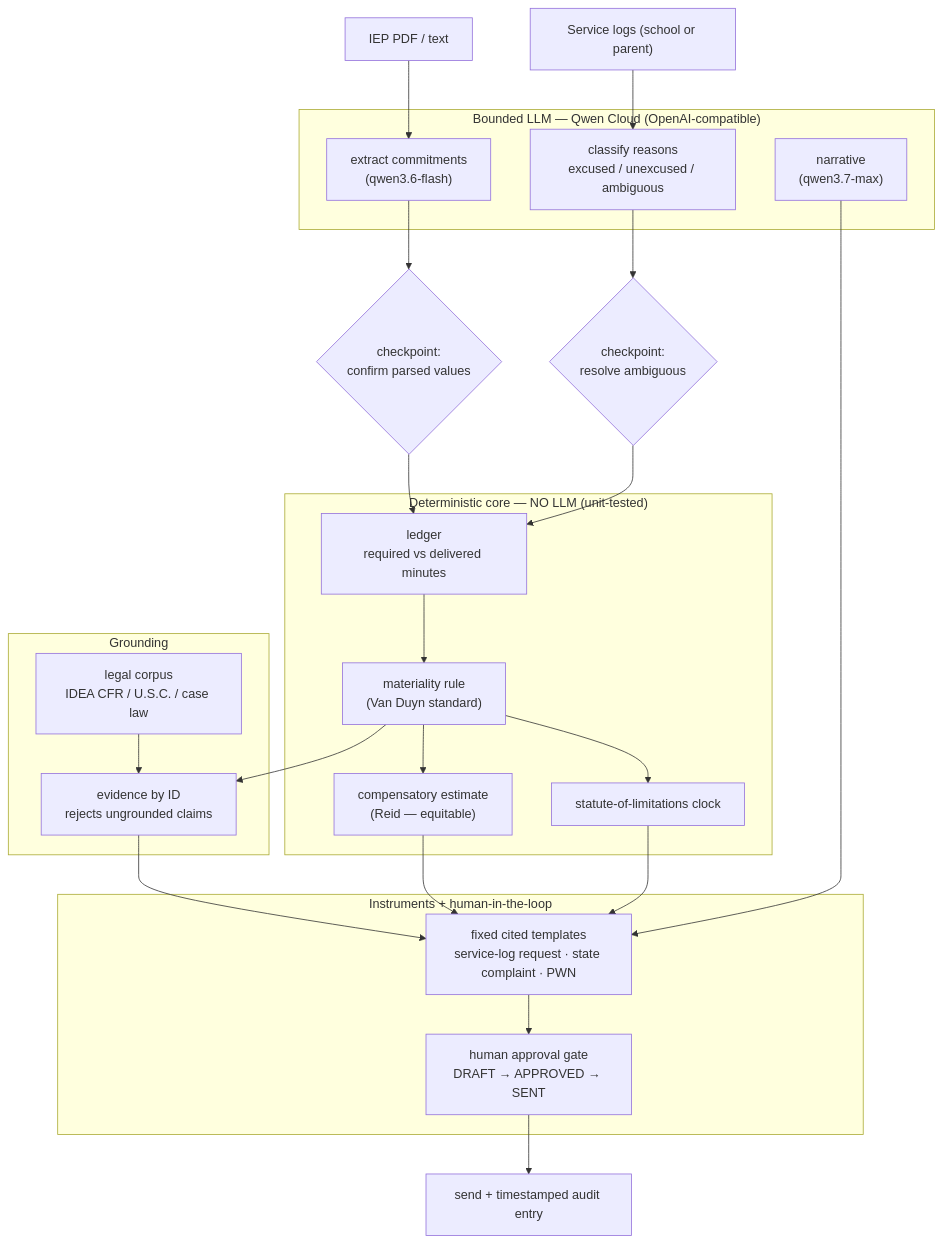
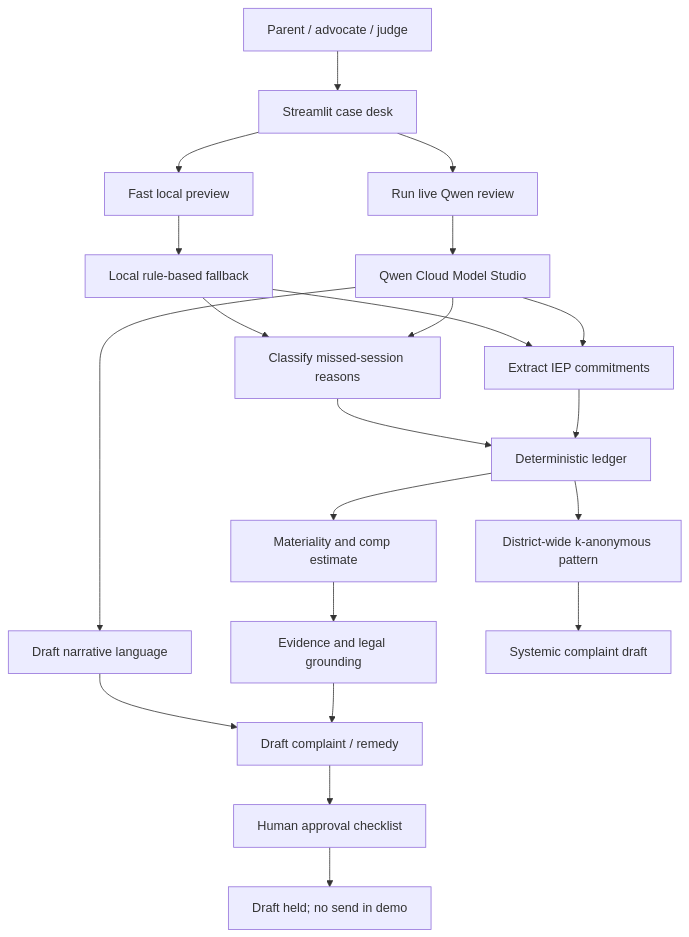
Before and after one commit to ankitlade12/due-process-iep-agent: the first of 3 diagrams in docs/architecture.md, drawn with Mermaid. The commit also changed other lines of this file and 10 other files, not shown here.

Commit message:
feat: add live Qwen case desk demo

````diff
--- a/docs/architecture.md
+++ b/docs/architecture.md
@@ -15,41 +13,28 @@
 ```mermaid
 flowchart TD
-    IEP["IEP PDF / text"]
-    LOGS["Service logs (school or parent)"]
+    USER["Parent / advocate / judge"] --> DESK["Streamlit case desk"]
+    DESK --> RUN["Run live Qwen review"]
+    DESK --> PREVIEW["Fast local preview"]
 
-    subgraph QWEN["Bounded LLM — Qwen Cloud (OpenAI-compatible)"]
-      EX["extract commitments<br/>(qwen3.6-flash)"]
-      CL["classify reasons<br/>excused / unexcused / ambiguous"]
-      NA["narrative<br/>(qwen3.7-max)"]
-    end
+    RUN --> QWEN["Qwen Cloud Model Studio"]
+    PREVIEW --> RULES["Local rule-based fallback"]
 
-    subgraph DET["Deterministic core — NO LLM (unit-tested)"]
-      LED["ledger<br/>required vs delivered minutes"]
-      MAT["materiality rule<br/>(Van Duyn standard)"]
-      DL["statute-of-limitations clock"]
-      COMP["compensatory estimate<br/>(Reid — equitable)"]
-    end
+    QWEN --> EXTRACT["Extract IEP commitments"]
+    QWEN --> CLASSIFY["Classify missed-session reasons"]
+    QWEN --> NARRATIVE["Draft narrative language"]
 
-    subgraph GR["Grounding"]
-      COR["legal corpus<br/>IDEA CFR / U.S.C. / case law"]
-      EV["evidence by ID<br/>rejects ungrounded claims"]
-    end
+    RULES --> EXTRACT
+    RULES --> CLASSIFY
 
-    subgraph OUT["Instruments + human-in-the-loop"]
-      DR["fixed cited templates<br/>service-log request · state complaint · PWN"]
-      AP["human approval gate<br/>DRAFT → APPROVED → SENT"]
-    end
+    EXTRACT --> LEDGER["Deterministic ledger"]
+    CLASSIFY --> LEDGER
+    LEDGER --> MATERIALITY["Materiality and comp estimate"]
+    MATERIALITY --> GROUNDING["Evidence and legal grounding"]
+    GROUNDING --> DRAFT["Draft complaint / remedy"]
+    NARRATIVE --> DRAFT
+    DRAFT --> APPROVAL["Human approval checklist"]
+    APPROVAL --> HOLD["Draft held; no send in demo"]
 
-    IEP --> EX --> C1{"checkpoint:<br/>confirm parsed values"} --> LED
-    LOGS --> CL --> C2{"checkpoint:<br/>resolve ambiguous"} --> LED
-    LED --> MAT
-    MAT --> COMP
-    MAT --> DL
-    MAT --> EV
-    COR --> EV
-    EV --> DR
-    COMP --> DR
-    DL --> DR
-    NA --> DR
-    DR --> AP --> SEND["send + timestamped audit entry"]
+    LEDGER --> SYSTEMIC["District-wide k-anonymous pattern"]
+    SYSTEMIC --> SYS_DRAFT["Systemic complaint draft"]
 ```
````
